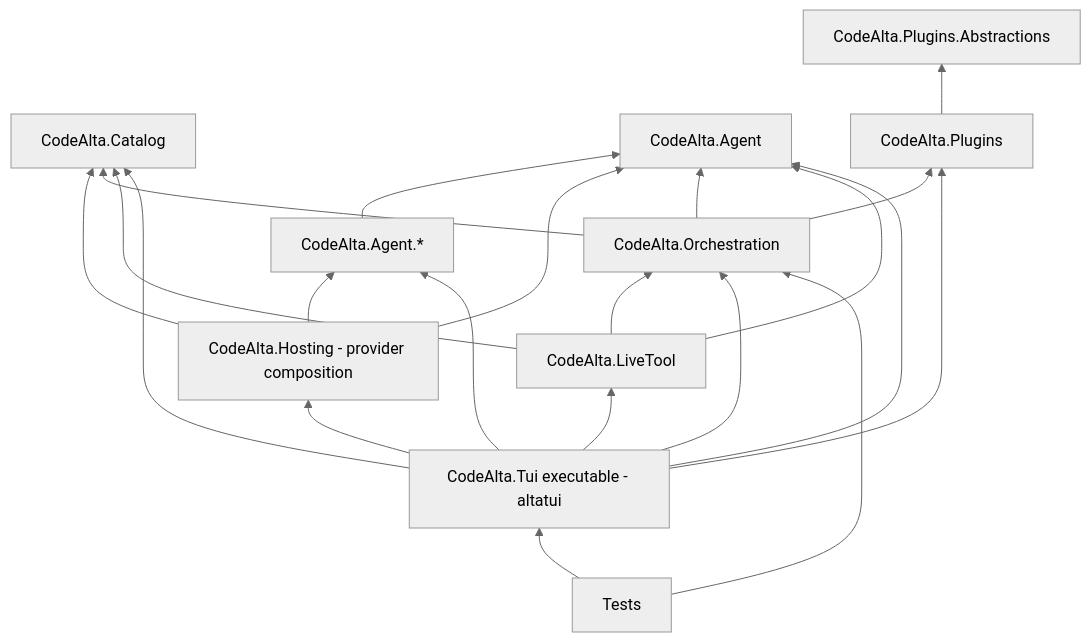
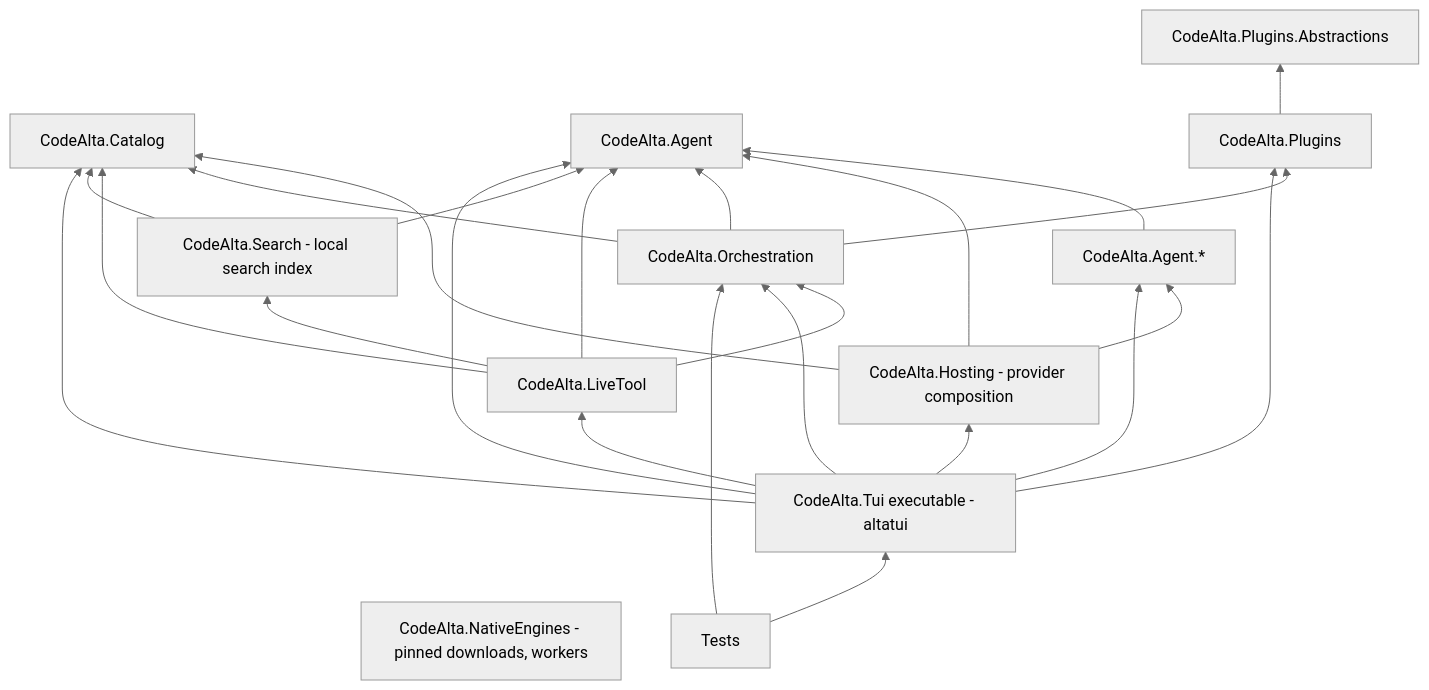
One commit to CodeAlta/CodeAlta changed the second of 4 diagrams in doc/architecture.md. Above: the diagram before and after it, drawn with Mermaid (neutral theme). The commit also changed other lines of this file and 49 other files, not shown here.

````diff
--- a/doc/architecture.md
+++ b/doc/architecture.md
@@ -59,34 +59,39 @@
 ```mermaid
 flowchart BT
     Catalog[CodeAlta.Catalog]
     Agent[CodeAlta.Agent]
     PluginApi[CodeAlta.Plugins.Abstractions]
     Plugins[CodeAlta.Plugins]
     ProviderPackages[CodeAlta.Agent.*]
     LiveTool[CodeAlta.LiveTool]
+    Search[CodeAlta.Search - local search index]
+    NativeEngines[CodeAlta.NativeEngines - pinned downloads, workers]
     Orchestration[CodeAlta.Orchestration]
     Hosting[CodeAlta.Hosting - provider composition]
     Frontend[CodeAlta.Tui executable - altatui]
     Tests[Tests]
 
     Plugins --> PluginApi
     ProviderPackages --> Agent
     Hosting --> ProviderPackages
     Hosting --> Agent
     Hosting --> Catalog
     Orchestration --> Agent
     Orchestration --> Catalog
     Orchestration --> Plugins
     LiveTool --> Agent
     LiveTool --> Catalog
     LiveTool --> Orchestration
+    LiveTool --> Search
+    Search --> Agent
+    Search --> Catalog
     Frontend --> Orchestration
     Frontend --> Hosting
     Frontend --> ProviderPackages
     Frontend --> Catalog
     Frontend --> Agent
     Frontend --> LiveTool
     Frontend --> Plugins
     Tests --> Frontend
     Tests --> Orchestration
 ```
````
